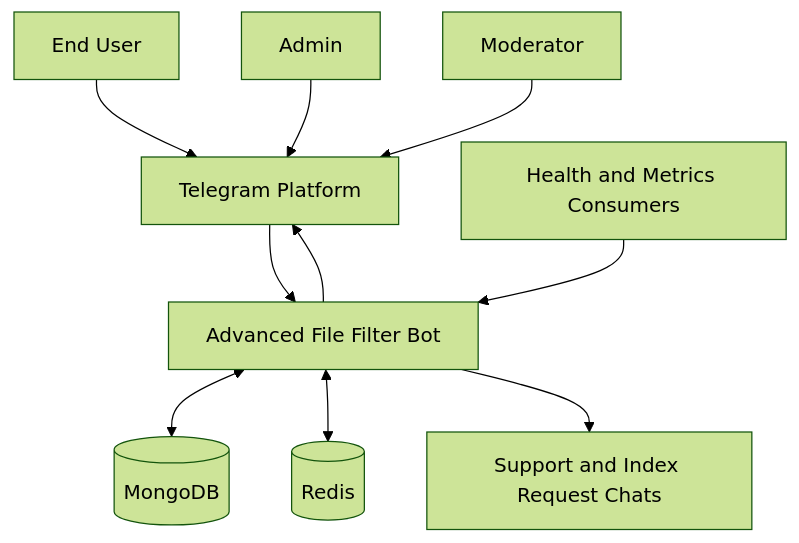
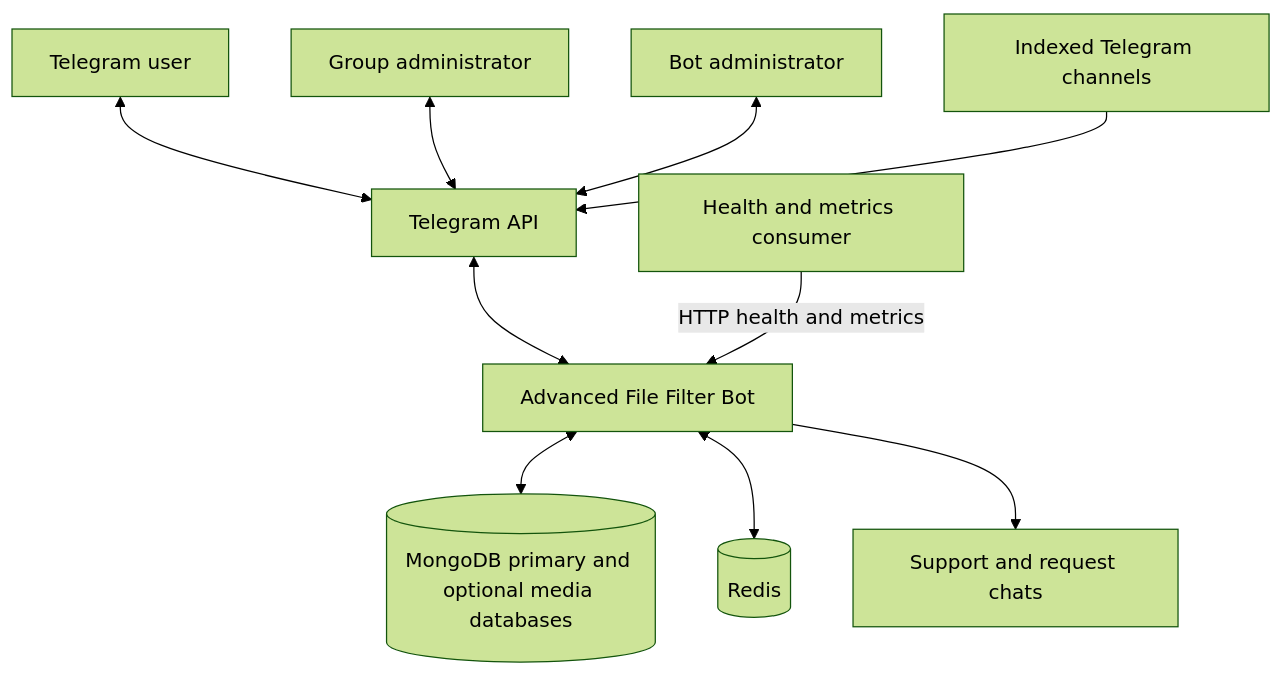
Before and after one commit to rumalg123/Advanced-File-Filter-Bot: the first of 13 diagrams in docs/architecture/diagrams.md, drawn with Mermaid (forest theme). The commit also changed other lines of this file and 63 other files, not shown here.

````diff
--- a/docs/architecture/diagrams.md
+++ b/docs/architecture/diagrams.md
@@ -7,28 +9,23 @@
 ```mermaid
-graph TB
-    User[End User]
-    Admin[Admin]
-    Mod[Moderator]
+flowchart TB
+    User[Telegram user]
+    GroupAdmin[Group administrator]
+    BotAdmin[Bot administrator]
+    Source[Indexed Telegram channels]
+    Telegram[Telegram API]
+    Bot[Advanced File Filter Bot]
+    Mongo[(MongoDB primary and optional media databases)]
+    Redis[(Redis)]
+    Health[Health and metrics consumer]
+    Support[Support and request chats]
 
-    Telegram[Telegram Platform]
-    Bot[Advanced File Filter Bot]
-
-    Mongo[(MongoDB)]
-    Redis[(Redis)]
-
-    Support[Support and Index Request Chats]
-    Ops[Health and Metrics Consumers]
-
-    User --> Telegram
-    Admin --> Telegram
-    Mod --> Telegram
-
-    Telegram --> Bot
-    Bot --> Telegram
-
+    User <--> Telegram
+    GroupAdmin <--> Telegram
+    BotAdmin <--> Telegram
+    Source --> Telegram
+    Telegram <--> Bot
     Bot <--> Mongo
     Bot <--> Redis
-
     Bot --> Support
-    Ops --> Bot
+    Health -->|HTTP health and metrics| Bot
 ```
````
